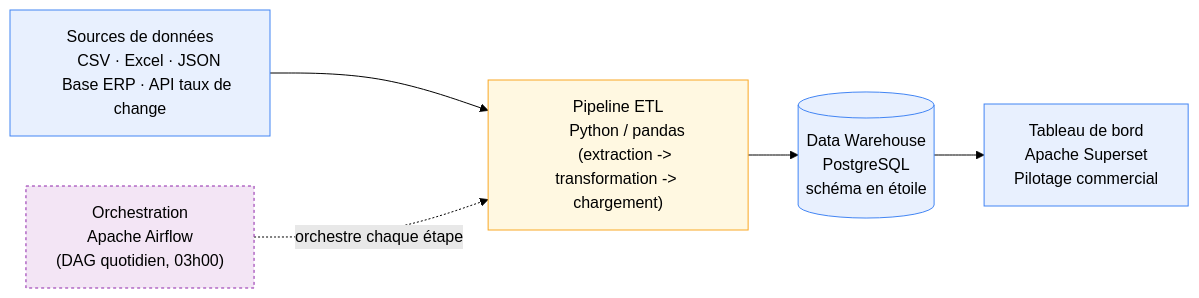
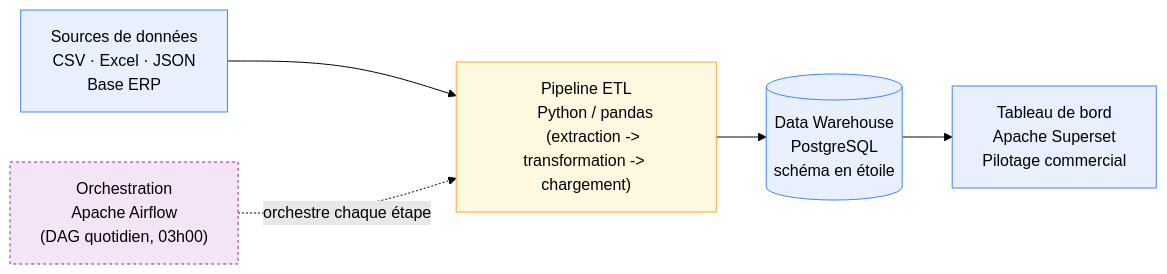
Before and after one commit to gbaderoga/sid-nimba-distribution: the first of 3 diagrams in docs/ARCHITECTURE.md, drawn with Mermaid (forest theme). The commit also changed other lines of this file and 12 other files, not shown here.

First line of the commit message:
Retirer le module optionnel de taux de change (source API + fact_taux_change)

````diff
--- a/docs/ARCHITECTURE.md
+++ b/docs/ARCHITECTURE.md
@@ -7,28 +7,28 @@
 ```mermaid
 flowchart LR
     SRC["Sources de données
     CSV · Excel · JSON
-    Base ERP · API taux de change"]
+    Base ERP"]
     ETL["Pipeline ETL
     Python / pandas
     (extraction -> transformation -> chargement)"]
     DWH[("Data Warehouse
     PostgreSQL
     schéma en étoile")]
     BI["Tableau de bord
     Apache Superset
     Pilotage commercial"]
     AIRFLOW["Orchestration
     Apache Airflow
     (DAG quotidien, 03h00)"]
 
     SRC --> ETL --> DWH --> BI
     AIRFLOW -. orchestre chaque étape .-> ETL
 
     classDef store fill:#e8f0fe,stroke:#4285f4,stroke-width:1px;
     classDef step fill:#fff8e1,stroke:#f9a825,stroke-width:1px;
     classDef orch fill:#f3e5f5,stroke:#8e24aa,stroke-width:1px,stroke-dasharray: 3 3;
     class SRC,DWH,BI store;
     class ETL step;
     class AIRFLOW orch;
 ```
````
